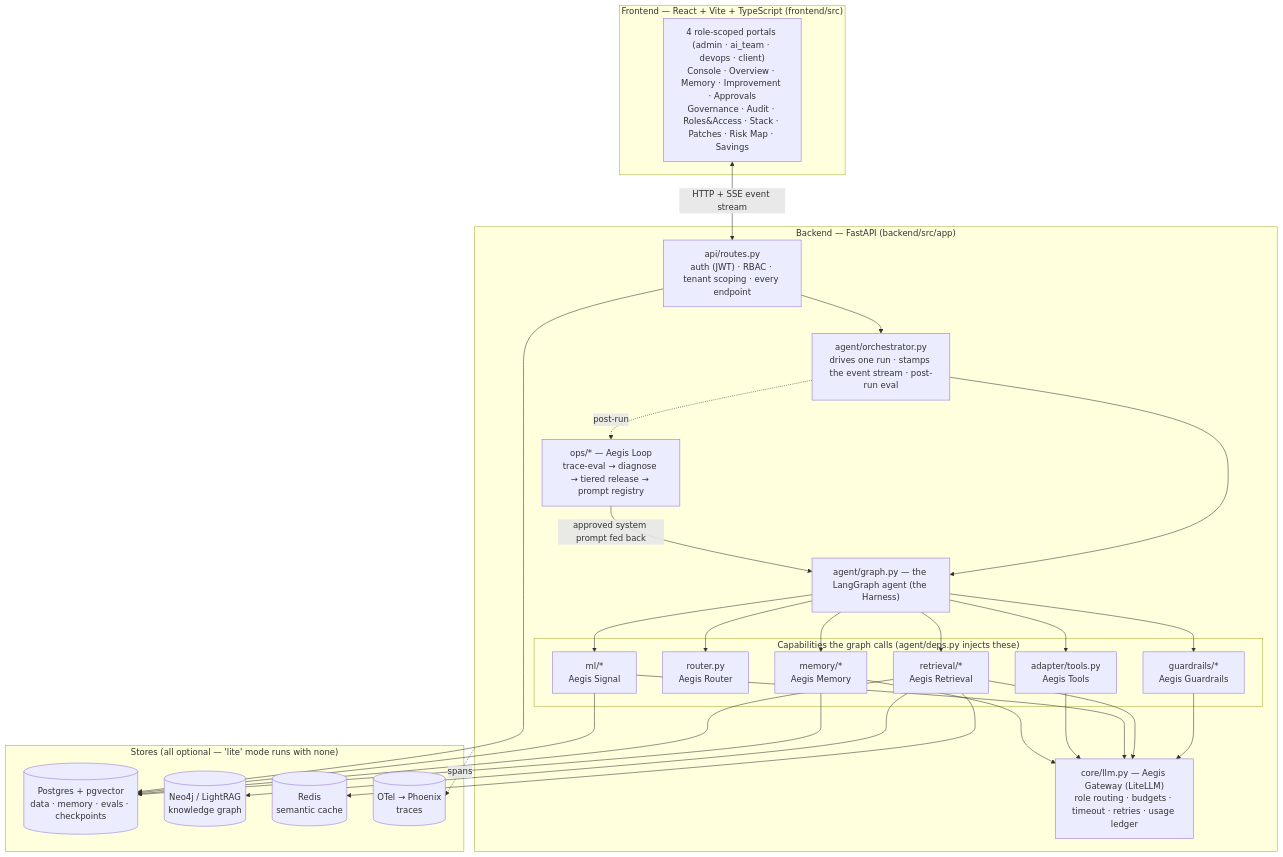
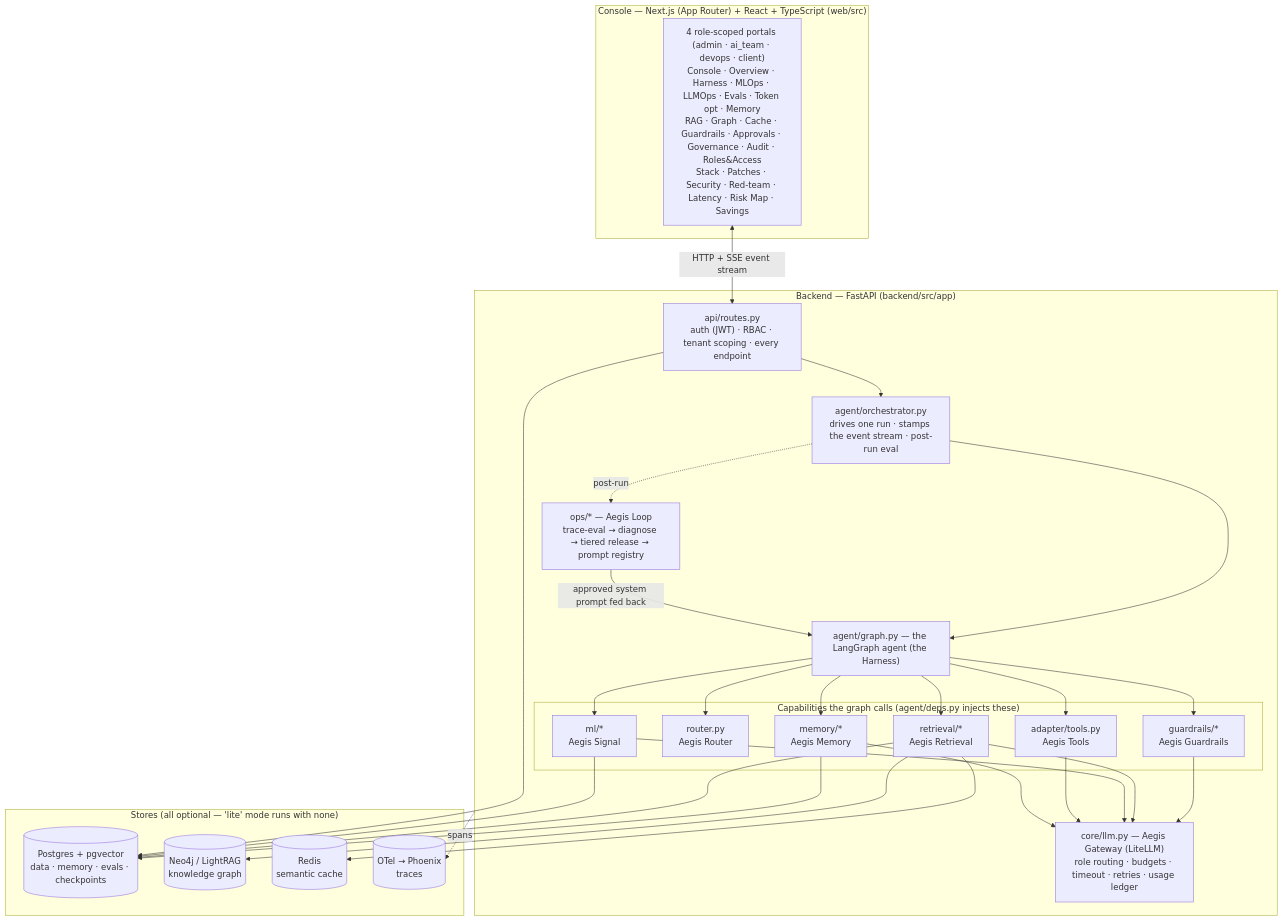
Before and after one commit to yrevash/aegis: the second of 3 diagrams in docs/learn/00-overview.md, drawn with Mermaid. The commit also changed other lines of this file and 271 other files, not shown here.

First line of the commit message:
fix: retire Vite frontend, repair UTC/auth/dep bugs, harden MCP surface

````diff
--- a/docs/learn/00-overview.md
+++ b/docs/learn/00-overview.md
@@ -67,42 +67,42 @@
 ```mermaid
 flowchart TB
-    subgraph FE["Frontend — React + Vite + TypeScript (frontend/src)"]
-        UI["4 role-scoped portals (admin · ai_team · devops · client)<br/>Console · Overview · Memory · Improvement · Approvals<br/>Governance · Audit · Roles&Access · Stack · Patches · Risk Map · Savings"]
+    subgraph FE["Console — Next.js (App Router) + React + TypeScript (web/src)"]
+        UI["4 role-scoped portals (admin · ai_team · devops · client)<br/>Console · Overview · Harness · MLOps · LLMOps · Evals · Token opt · Memory<br/>RAG · Graph · Cache · Guardrails · Approvals · Governance · Audit · Roles&Access<br/>Stack · Patches · Security · Red-team · Latency · Risk Map · Savings"]
     end
 
     subgraph BE["Backend — FastAPI (backend/src/app)"]
         R["api/routes.py<br/>auth (JWT) · RBAC · tenant scoping · every endpoint"]
         O["agent/orchestrator.py<br/>drives one run · stamps the event stream · post-run eval"]
         G["agent/graph.py — the LangGraph agent (the Harness)"]
         R --> O --> G
 
         subgraph CAPS["Capabilities the graph calls (agent/deps.py injects these)"]
             GR["guardrails/*<br/>Aegis Guardrails"]
             RT["router.py<br/>Aegis Router"]
             MEM["memory/*<br/>Aegis Memory"]
             RET["retrieval/*<br/>Aegis Retrieval"]
             ML["ml/*<br/>Aegis Signal"]
             TL["adapter/tools.py<br/>Aegis Tools"]
         end
         G --> GR & RT & MEM & RET & ML & TL
 
         GW["core/llm.py — Aegis Gateway (LiteLLM)<br/>role routing · budgets · timeout · retries · usage ledger"]
         GR & RET & ML & TL & MEM --> GW
 
         OPS["ops/* — Aegis Loop<br/>trace-eval → diagnose → tiered release → prompt registry"]
         O -.post-run.-> OPS
     end
 
     subgraph STORES["Stores (all optional — 'lite' mode runs with none)"]
         PG[("Postgres + pgvector<br/>data · memory · evals · checkpoints")]
         NEO[("Neo4j / LightRAG<br/>knowledge graph")]
         RED[("Redis<br/>semantic cache")]
         PHX[("OTel → Phoenix<br/>traces")]
     end
 
     UI <-->|"HTTP + SSE event stream"| R
     MEM & RET & ML & R --> PG
     RET --> NEO & RED
     BE -.spans.-> PHX
     OPS -->|"approved system prompt fed back"| G
 ```
````
